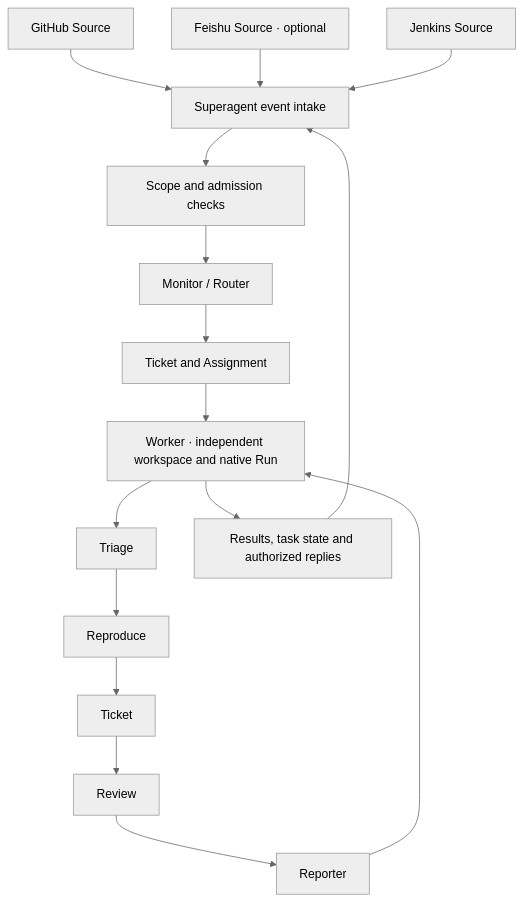
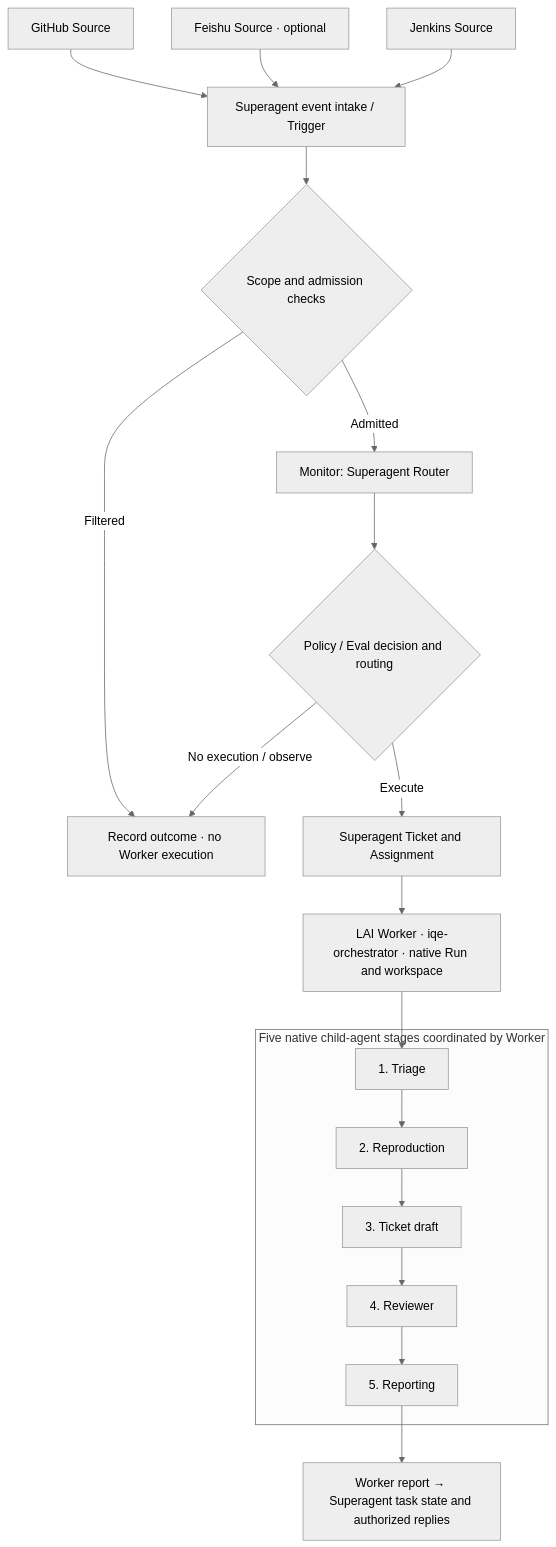
One commit to devsuperjin/LAI-Trial changed the diagram in docs/design.md. Above: the diagram before and after it, drawn with Mermaid (neutral theme). The commit also changed other lines of this file and 3 other files, not shown here.

Commit message:
docs: align README and design architecture diagrams

````diff
--- a/docs/design.md
+++ b/docs/design.md
@@ -22,18 +22,21 @@
 ```mermaid
 flowchart TD
-    GH[GitHub Source] --> S[Superagent event intake]
-    FS[Feishu Source · optional] --> S
-    JK[Jenkins Source] --> S
-    S --> P[Scope and admission checks]
-    P --> R[Monitor / Router]
-    R --> T[Ticket and Assignment]
-    T --> W[Worker · independent workspace and native Run]
-    W --> A[Triage]
-    A --> B[Reproduce]
-    B --> C[Ticket]
-    C --> D[Review]
-    D --> E[Reporter]
-    E --> W
-    W --> O[Results, task state and authorized replies]
-    O --> S
+    GH["GitHub Source"] --> Intake["Superagent event intake / Trigger"]
+    FS["Feishu Source · optional"] --> Intake
+    JK["Jenkins Source"] --> Intake
+    Intake --> Gate{"Scope and admission checks"}
+    Gate -->|Filtered| Record["Record outcome · no Worker execution"]
+    Gate -->|Admitted| Router["Monitor: Superagent Router"]
+    Router --> Decision{"Policy / Eval decision and routing"}
+    Decision -->|No execution / observe| Record
+    Decision -->|Execute| Task["Superagent Ticket and Assignment"]
+    Task --> Worker["LAI Worker · iqe-orchestrator · native Run and workspace"]
+    subgraph Pipeline["Five native child-agent stages coordinated by Worker"]
+        Triage["1. Triage"] --> Reproduce["2. Reproduction"]
+        Reproduce --> Ticket["3. Ticket draft"]
+        Ticket --> Review["4. Reviewer"]
+        Review --> Reporter["5. Reporting"]
+    end
+    Worker --> Triage
+    Reporter --> Result["Worker report → Superagent task state and authorized replies"]
 ```
````
